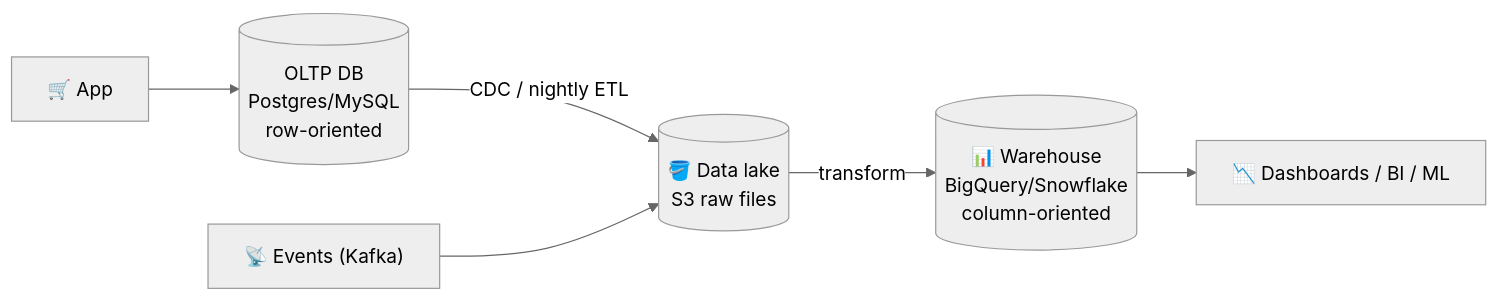
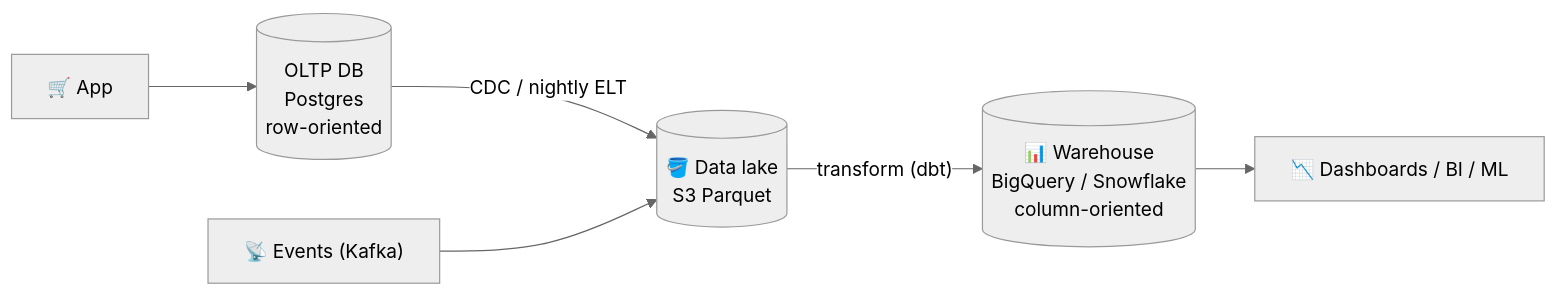
The first of 2 diagrams in phases/05-databases/041-oltp-vs-olap.md (winnyboy5/System-Design-from-Atoms), drawn with Mermaid (neutral theme) before and after one commit. The commit also changed other lines of this file and 11 other files, not shown here.

````diff
--- a/phases/05-databases/041-oltp-vs-olap.md
+++ b/phases/05-databases/041-oltp-vs-olap.md
@@ -28,8 +39,8 @@
 ```mermaid
 flowchart LR
-    APP["🛒 App"] --> OLTP[("OLTP DB<br/>Postgres/MySQL<br/>row-oriented")]
-    OLTP -->|"CDC / nightly ETL"| LAKE[("🪣 Data lake<br/>S3 raw files")]
+    APP["🛒 App"] --> OLTP[("OLTP DB<br/>Postgres<br/>row-oriented")]
+    OLTP -->|"CDC / nightly ELT"| LAKE[("🪣 Data lake<br/>S3 Parquet")]
     EV["📡 Events (Kafka)"] --> LAKE
-    LAKE -->|"transform"| DW[("📊 Warehouse<br/>BigQuery/Snowflake<br/>column-oriented")]
+    LAKE -->|"transform (dbt)"| DW[("📊 Warehouse<br/>BigQuery / Snowflake<br/>column-oriented")]
     DW --> BI["📉 Dashboards / BI / ML"]
 ```
````
